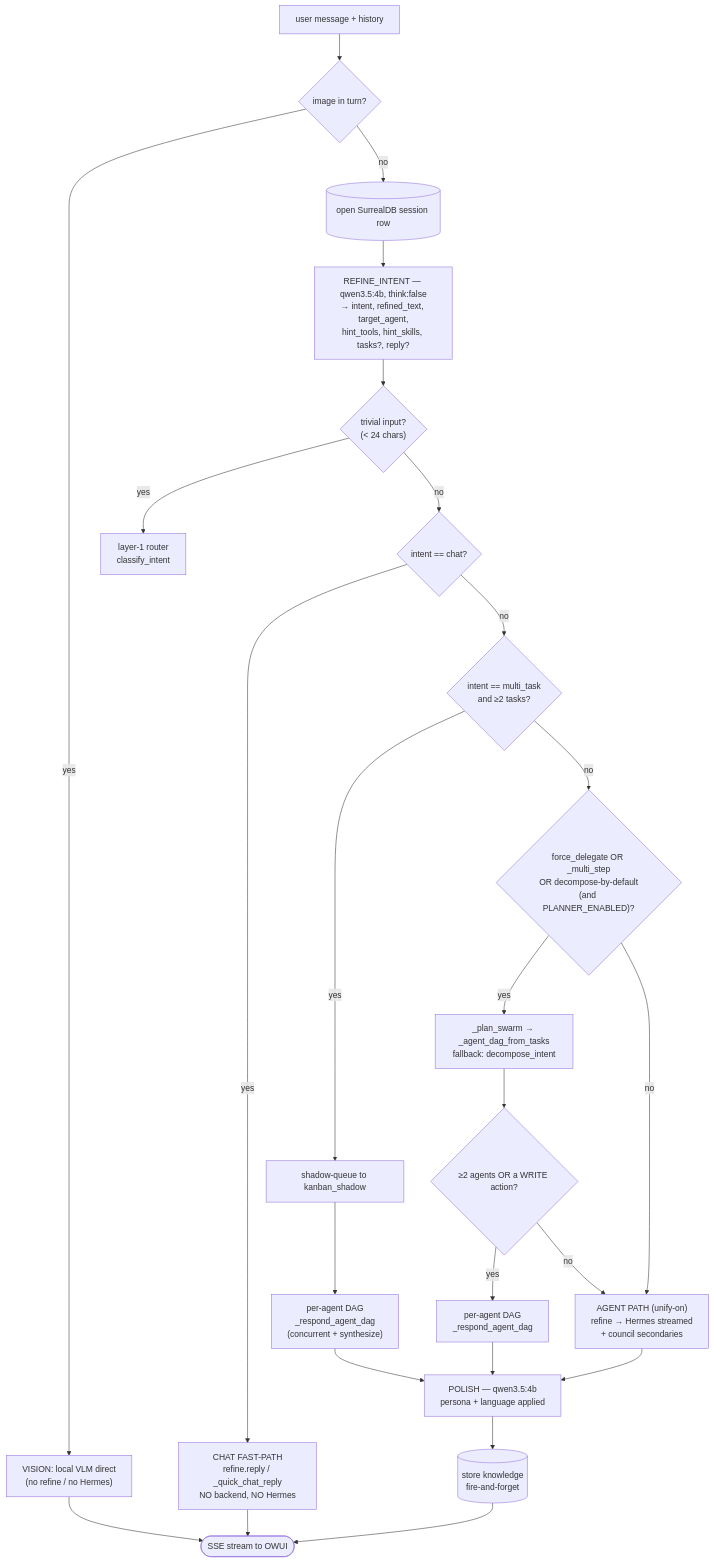
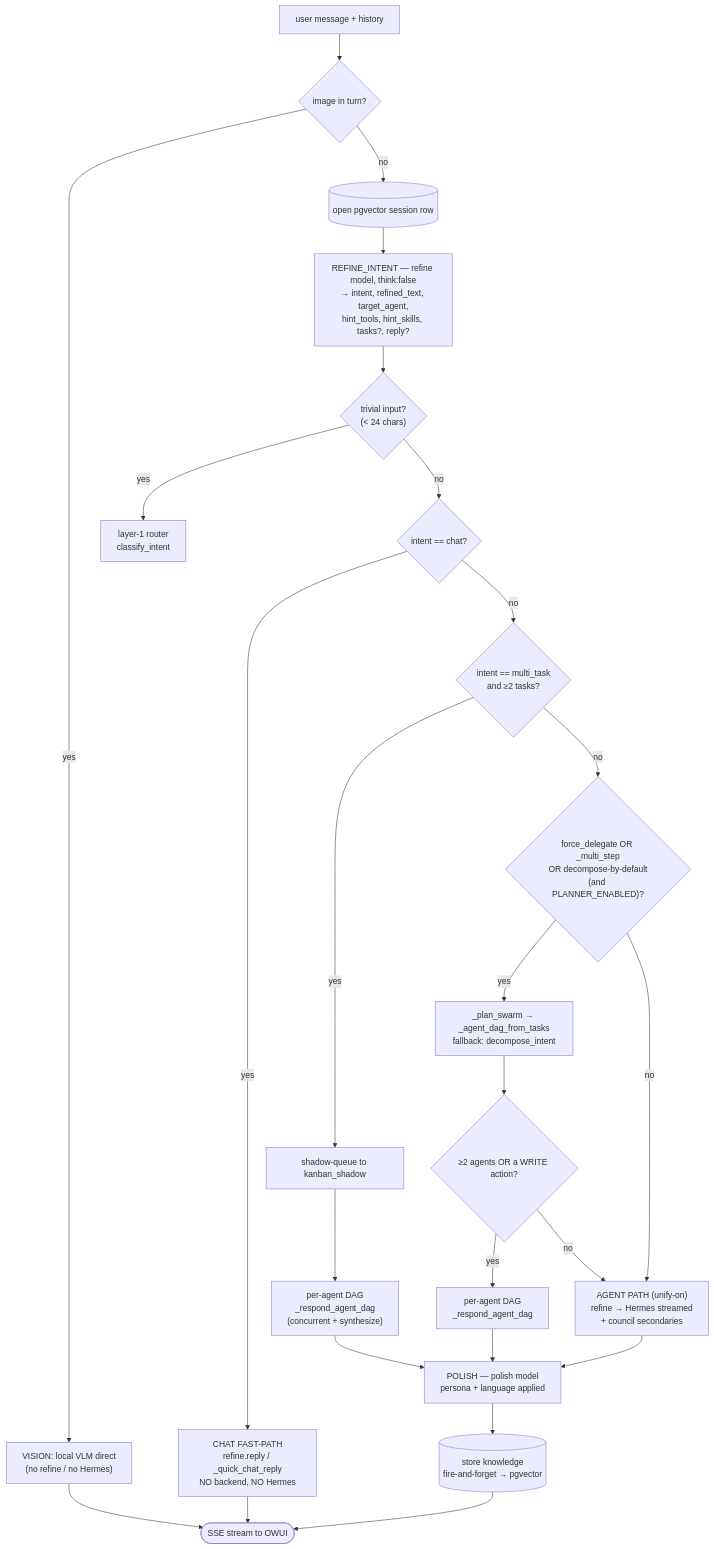
Before and after one commit to mios-dev/MiOS: the diagram in usr/share/mios/docs/ai-pipeline-map.md, drawn with Mermaid. The commit also changed other lines of this file and 57 other files, not shown here.

````diff
--- a/usr/share/mios/docs/ai-pipeline-map.md
+++ b/usr/share/mios/docs/ai-pipeline-map.md
@@ -94,27 +124,27 @@
 ```mermaid
 flowchart TD
     A["user message + history"] --> V{"image in turn?"}
     V -- yes --> VLM["VISION: local VLM direct<br/>(no refine / no Hermes)"] --> OUT
-    V -- no --> S[("open SurrealDB session row")]
-    S --> R["REFINE_INTENT — qwen3.5:4b, think:false<br/>→ intent, refined_text, target_agent,<br/>hint_tools, hint_skills, tasks?, reply?"]
+    V -- no --> S[("open pgvector session row")]
+    S --> R["REFINE_INTENT — refine model, think:false<br/>→ intent, refined_text, target_agent,<br/>hint_tools, hint_skills, tasks?, reply?"]
 
-    R --> Cbypass{"trivial input?<br/>(&lt; 24 chars)"}
+    R --> Cbypass{"trivial input?<br/>(< 24 chars)"}
     Cbypass -- yes --> RT["layer-1 router<br/>classify_intent"]
     Cbypass -- no --> C1{"intent == chat?"}
 
     C1 -- yes --> CHAT["CHAT FAST-PATH<br/>refine.reply / _quick_chat_reply<br/>NO backend, NO Hermes"] --> OUT
-    C1 -- no --> MT{"intent == multi_task<br/>and &ge;2 tasks?"}
+    C1 -- no --> MT{"intent == multi_task<br/>and ≥2 tasks?"}
 
     MT -- yes --> SHQ["shadow-queue to kanban_shadow"] --> AD1["per-agent DAG<br/>_respond_agent_dag<br/>(concurrent + synthesize)"] --> POL
     MT -- no --> DEC{"force_delegate OR _multi_step<br/>OR decompose-by-default<br/>(and PLANNER_ENABLED)?"}
 
     DEC -- yes --> SW["_plan_swarm → _agent_dag_from_tasks<br/>fallback: decompose_intent"]
-    SW --> SWok{"&ge;2 agents OR a WRITE action?"}
+    SW --> SWok{"≥2 agents OR a WRITE action?"}
     SWok -- yes --> AD2["per-agent DAG<br/>_respond_agent_dag"] --> POL
     SWok -- no --> AG
     DEC -- no --> AG
 
     AG["AGENT PATH (unify-on)<br/>refine → Hermes streamed<br/>+ council secondaries"] --> POL
-    POL["POLISH — qwen3.5:4b<br/>persona + language applied"] --> KS[("store knowledge<br/>fire-and-forget")]
+    POL["POLISH — polish model<br/>persona + language applied"] --> KS[("store knowledge<br/>fire-and-forget → pgvector")]
     KS --> OUT(["SSE stream to OWUI"])
 ```
````
